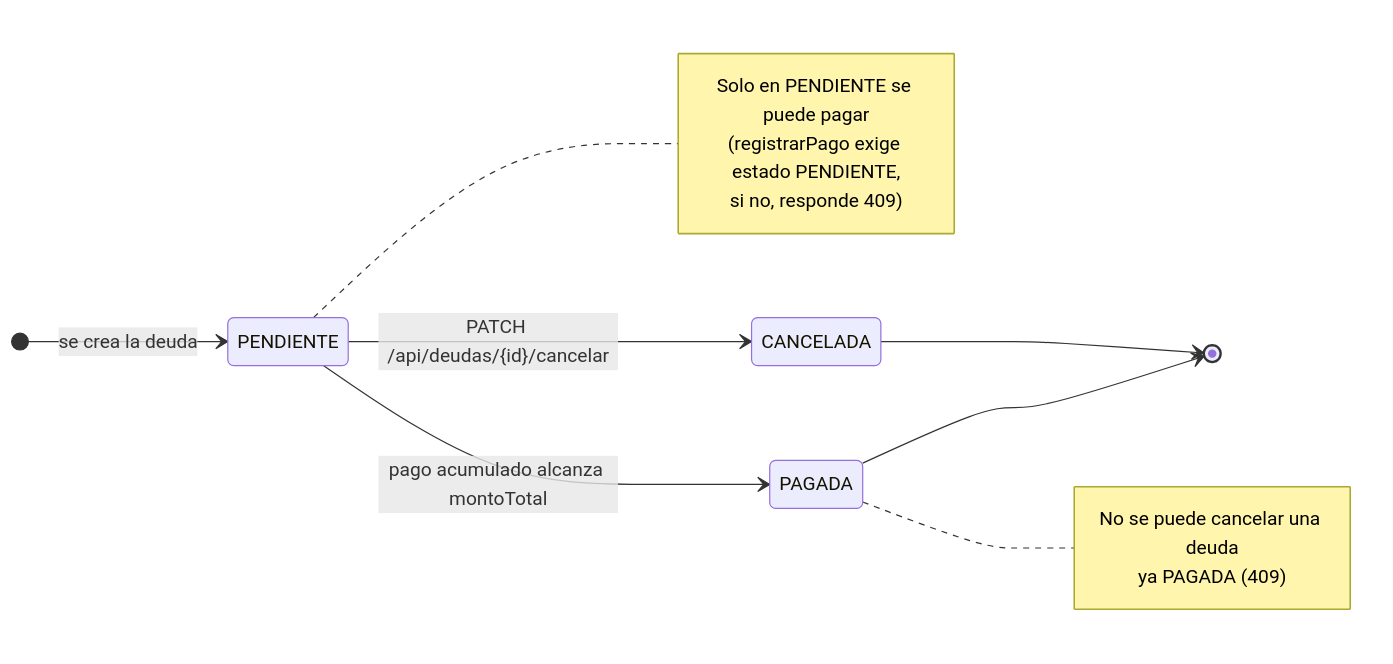
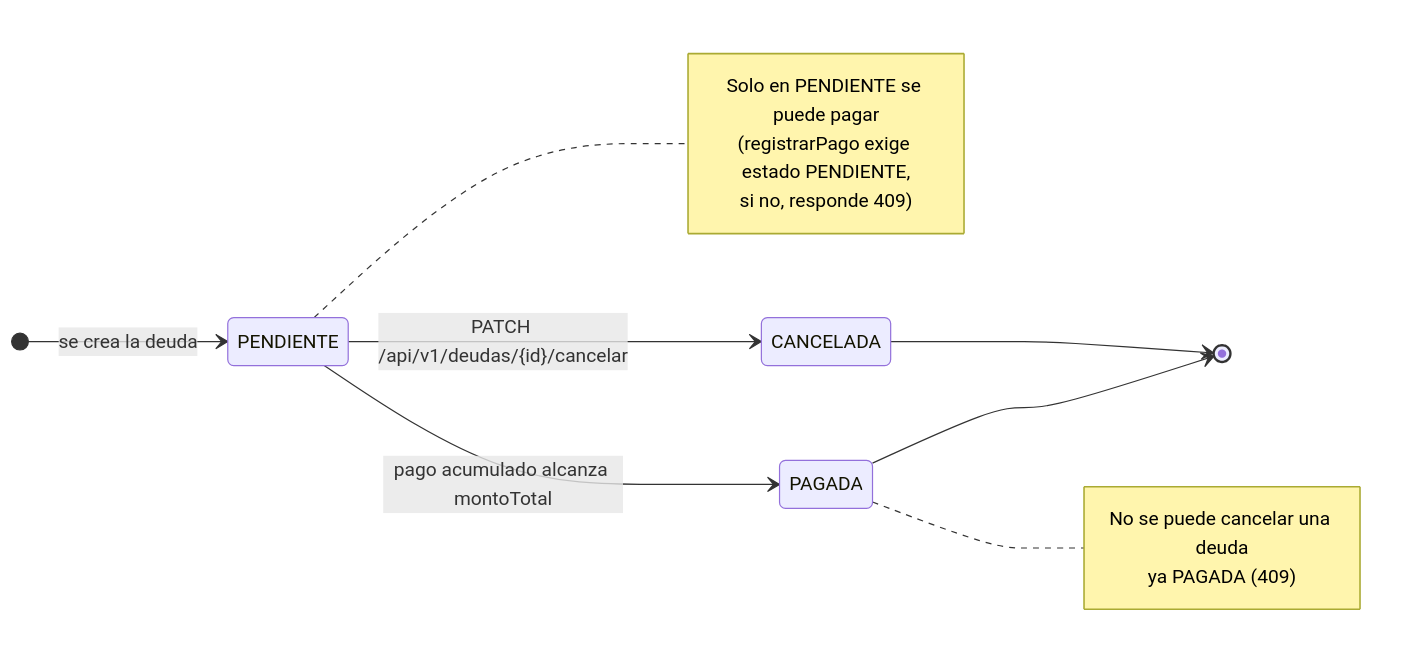
Before and after one commit to ItsMilkey/LITE: the first of 2 diagrams in docs/diagramas/08-estados.md, drawn with Mermaid. The commit also changed 95 other files, not shown here.

````diff
--- a/docs/diagramas/08-estados.md
+++ b/docs/diagramas/08-estados.md
@@ -16,19 +16,19 @@
 ```mermaid
 stateDiagram-v2
     direction LR
     [*] --> PENDIENTE : se crea la deuda
     PENDIENTE --> PAGADA : pago acumulado alcanza montoTotal
-    PENDIENTE --> CANCELADA : PATCH /api/deudas/{id}/cancelar
+    PENDIENTE --> CANCELADA : PATCH /api/v1/deudas/{id}/cancelar
     PAGADA --> [*]
     CANCELADA --> [*]
 
     note right of PENDIENTE
         Solo en PENDIENTE se puede pagar
         (registrarPago exige estado PENDIENTE,
         si no, responde 409)
     end note
     note right of PAGADA
         No se puede cancelar una deuda
         ya PAGADA (409)
     end note
 ```
````
